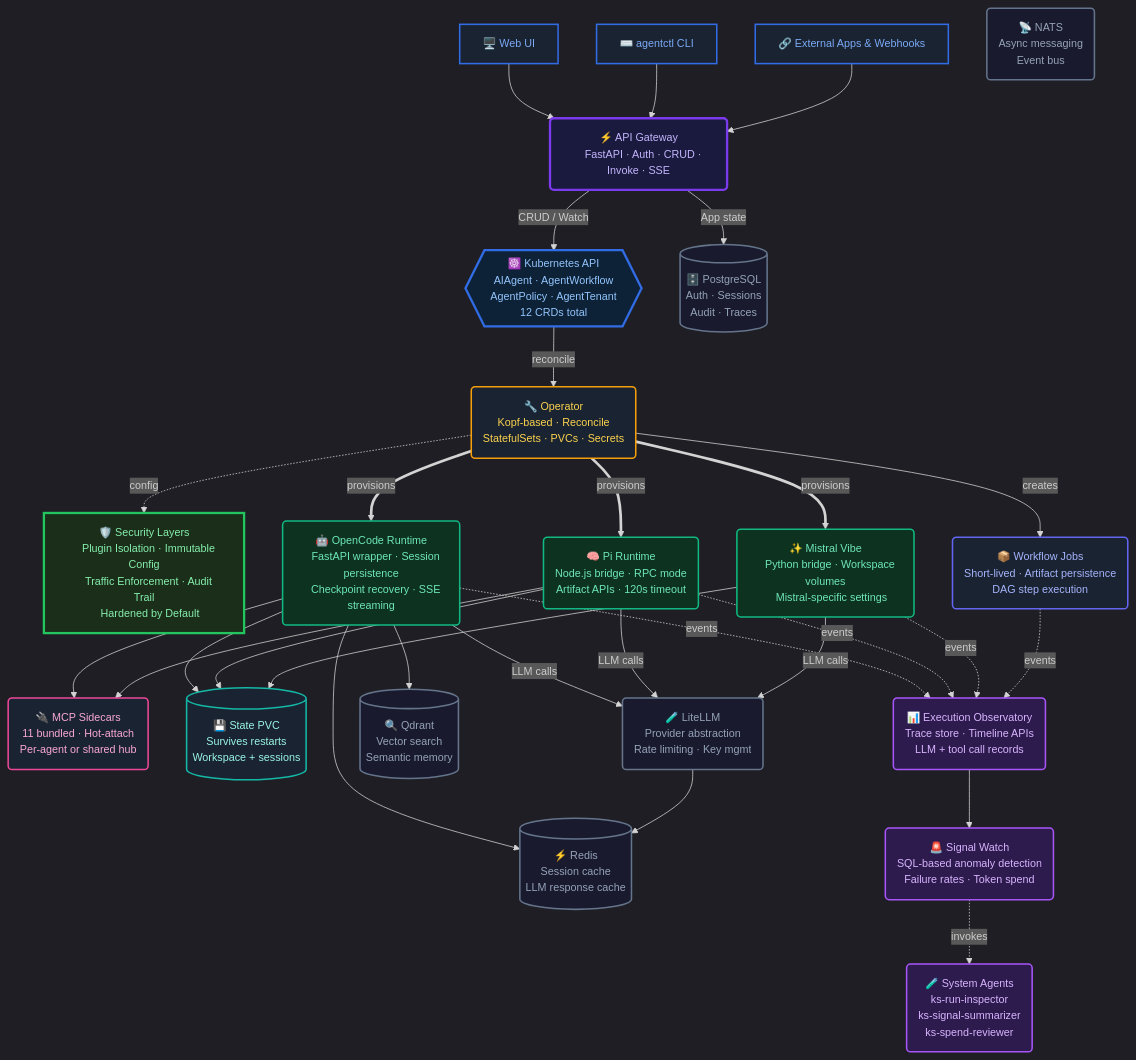
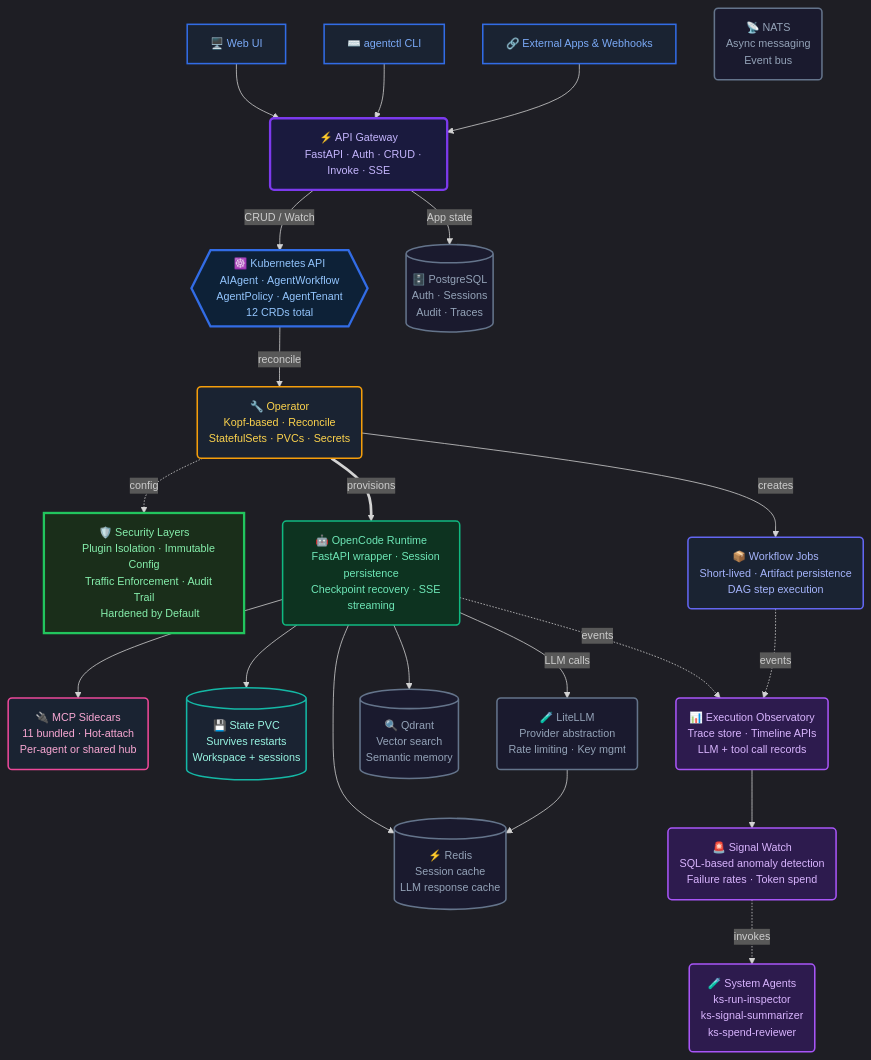
One commit to ykbytes/kubesynapse.ai changed the diagram in docs/architecture-overview.md. Above: the diagram before and after it, drawn with Mermaid. The commit also changed other lines of this file and 18 other files, not shown here.

First line of the commit message:
docs: feature only OpenCode as production runtime, mark Pi/Vibe as alpha

```diff
--- a/docs/architecture-overview.md
+++ b/docs/architecture-overview.md
@@ -45,14 +45,6 @@
     OC("🤖 OpenCode Runtime
     FastAPI wrapper · Session persistence
     Checkpoint recovery · SSE streaming"):::runtime
-
-    PI("🧠 Pi Runtime
-    Node.js bridge · RPC mode
-    Artifact APIs · 120s timeout"):::runtime
-
-    VIBE("✨ Mistral Vibe
-    Python bridge · Workspace volumes
-    Mistral-specific settings"):::runtime
 
     JOB("📦 Workflow Jobs
     Short-lived · Artifact persistence
@@ -109,8 +101,6 @@
     K8S -->|"reconcile"| OP
 
     OP ==>|"provisions"| OC
-    OP ==>|"provisions"| PI
-    OP ==>|"provisions"| VIBE
     OP -->|"creates"| JOB
     OP -.->|"config"| SEC
 
@@ -120,18 +110,9 @@
     OC --> REDIS
     OC --> QDRANT
 
-    PI --> MCP
-    PI --> PVC
-    PI -->|"LLM calls"| LLM
-
-    VIBE --> PVC
-    VIBE -->|"LLM calls"| LLM
-
     LLM --> REDIS
 
     OC -. "events" .-> TRACE
-    PI -. "events" .-> TRACE
-    VIBE -. "events" .-> TRACE
     JOB -. "events" .-> TRACE
 
     TRACE --> SIGNAL
```
